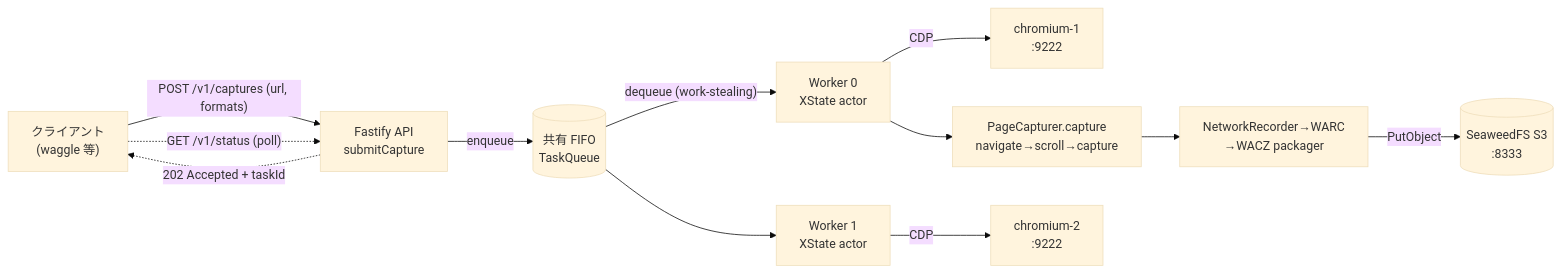
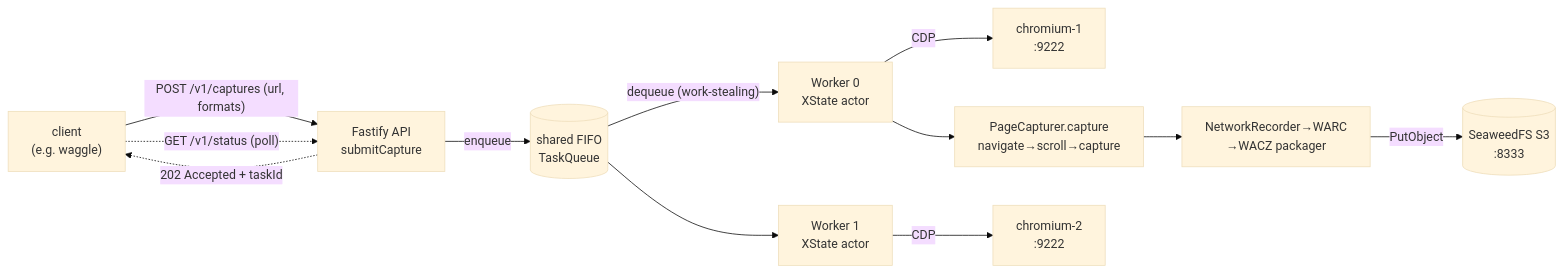
Before and after one commit to uraitakahito/browserhive: the first of 7 diagrams in docs-site/src/content/docs/architecture.mdx, drawn with Mermaid (base theme). The commit also changed other lines of this file and 17 other files, not shown here.

````diff
--- a/docs-site/src/content/docs/architecture.mdx
+++ b/docs-site/src/content/docs/architecture.mdx
@@ -23,14 +26,14 @@
 ```mermaid
 flowchart LR
-  CL["クライアント<br>(waggle 等)"] -->|"POST /v1/captures (url, formats)"| API["Fastify API<br>submitCapture"]
-  API -->|enqueue| Q[("共有 FIFO<br>TaskQueue")]
+  CL["client<br>(e.g. waggle)"] -->|"POST /v1/captures (url, formats)"| API["Fastify API<br>submitCapture"]
+  API -->|enqueue| Q[("shared FIFO<br>TaskQueue")]
   API -.->|"202 Accepted + taskId"| CL
   Q -->|"dequeue (work-stealing)"| W1["Worker 0<br>XState actor"]
   Q --> W2["Worker 1<br>XState actor"]
   W1 -->|CDP| CR1["chromium-1<br>:9222"]
   W2 -->|CDP| CR2["chromium-2<br>:9222"]
   W1 --> PC["PageCapturer.capture<br>navigate→scroll→capture"]
   PC --> WACZ["NetworkRecorder→WARC<br>→WACZ packager"]
   WACZ -->|"PutObject"| S3[("SeaweedFS S3<br>:8333")]
   CL -.->|"GET /v1/status (poll)"| API
 ```
````
